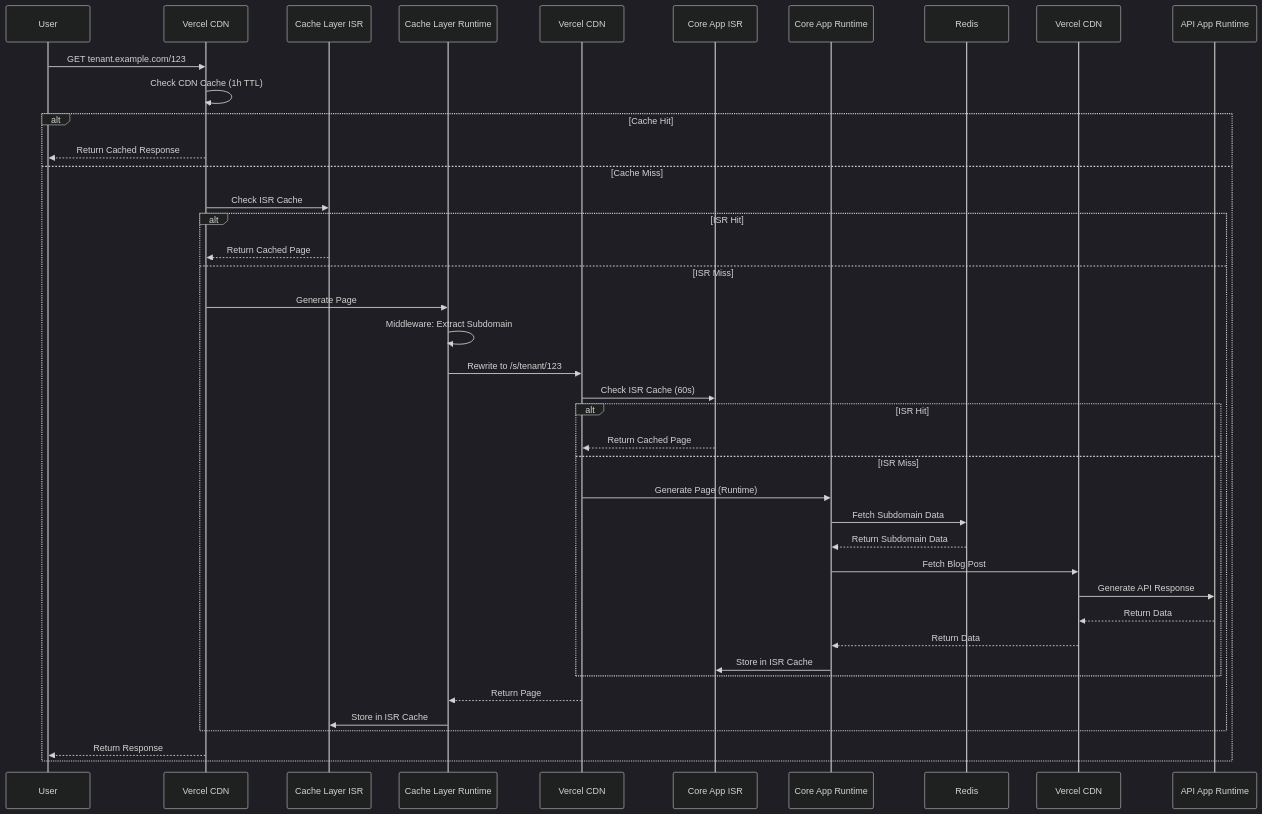
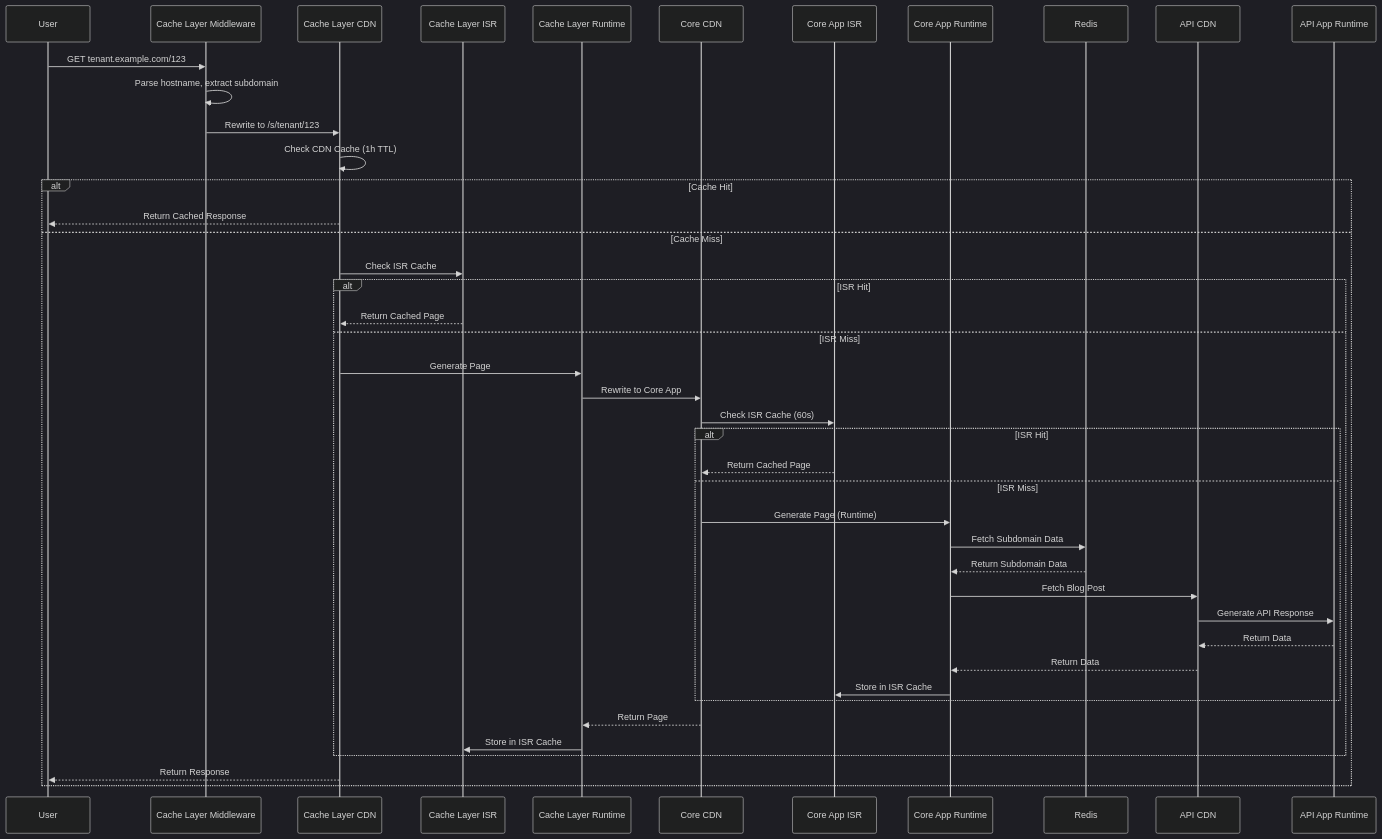
One commit to vercel-labs/isr-platform-shield changed the fourth of 4 diagrams in docs/ARCHITECTURE.md. Above: the diagram before and after it, drawn with Mermaid (dark theme). The commit also changed other lines of this file and 1 other file, not shown here.

Commit message:
fix architecture docs

````diff
--- a/docs/ARCHITECTURE.md
+++ b/docs/ARCHITECTURE.md
@@ -154,44 +125,46 @@
 ```mermaid
 sequenceDiagram
     participant U as User
-    participant VCL as Vercel CDN
+    participant VCL_MW as Cache Layer Middleware
+    participant VCL as Cache Layer CDN
     participant VCL_ISR as Cache Layer ISR
     participant VCL_RT as Cache Layer Runtime
-    participant VCA as Vercel CDN
+    participant VCA as Core CDN
     participant VCA_ISR as Core App ISR
     participant VCA_RT as Core App Runtime
     participant R as Redis
-    participant VAPI as Vercel CDN
+    participant VAPI as API CDN
     participant VAPI_RT as API App Runtime
 
-    U->>VCL: GET tenant.example.com/123
+    U->>VCL_MW: GET tenant.example.com/123
+    VCL_MW->>VCL_MW: Parse hostname, extract subdomain
+    VCL_MW->>VCL: Rewrite to /s/tenant/123
     VCL->>VCL: Check CDN Cache (1h TTL)
     alt Cache Hit
         VCL-->>U: Return Cached Response
     else Cache Miss
         VCL->>VCL_ISR: Check ISR Cache
         alt ISR Hit
             VCL_ISR-->>VCL: Return Cached Page
         else ISR Miss
             VCL->>VCL_RT: Generate Page
-            VCL_RT->>VCL_RT: Middleware: Extract Subdomain
-            VCL_RT->>VCA: Rewrite to /s/tenant/123
+            VCL_RT->>VCA: Rewrite to Core App
             VCA->>VCA_ISR: Check ISR Cache (60s)
             alt ISR Hit
                 VCA_ISR-->>VCA: Return Cached Page
             else ISR Miss
                 VCA->>VCA_RT: Generate Page (Runtime)
                 VCA_RT->>R: Fetch Subdomain Data
                 R-->>VCA_RT: Return Subdomain Data
                 VCA_RT->>VAPI: Fetch Blog Post
                 VAPI->>VAPI_RT: Generate API Response
                 VAPI_RT-->>VAPI: Return Data
                 VAPI-->>VCA_RT: Return Data
                 VCA_RT->>VCA_ISR: Store in ISR Cache
             end
             VCA-->>VCL_RT: Return Page
             VCL_RT->>VCL_ISR: Store in ISR Cache
         end
         VCL-->>U: Return Response
     end
 ```
````
